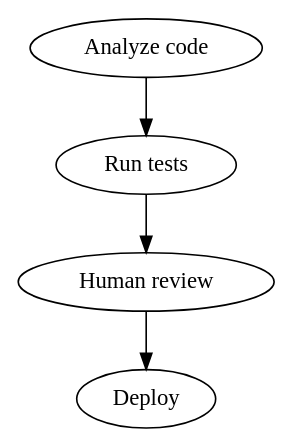
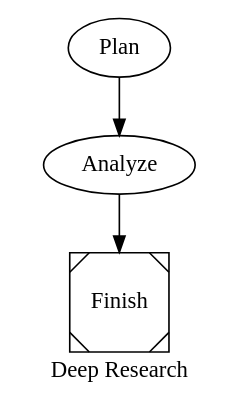
The first of 3 diagrams in book-en/src/part3/ch12.md (ZhangHanDong/octos-book), drawn with Graphviz before and after one commit. The commit also changed other lines of this file and 13 other files, not shown here.

````diff
--- a/book-en/src/part3/ch12.md
+++ b/book-en/src/part3/ch12.md
@@ -15,12 +15,21 @@
 ```dot
-digraph deploy {
-    analyze [label="Analyze code" handler="codergen"]
-    test [label="Run tests" handler="shell" command="cargo test"]
-    review [label="Human review" handler="gate"]
-    deploy [label="Deploy" handler="shell" command="./deploy.sh"]
+digraph research {
+    graph [label="Deep Research", default_model="cheap"]
 
-    analyze -> test
-    test -> review
-    review -> deploy
+    start [label="Plan", handler="dynamic_parallel",
+           converge="analyze",
+           planner_model="strong",
+           worker_prompt="Research {task} and preserve sources",
+           tools="deep_search",
+           max_tasks="6"]
+
+    analyze [label="Analyze", handler="codergen",
+             model="strong",
+             tools="read_file,write_file"]
+
+    finish [label="Finish", shape="Msquare"]
+
+    start -> analyze
+    analyze -> finish
 }
 ```
````
